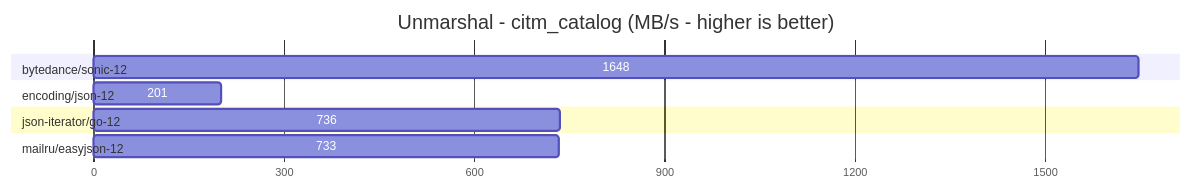
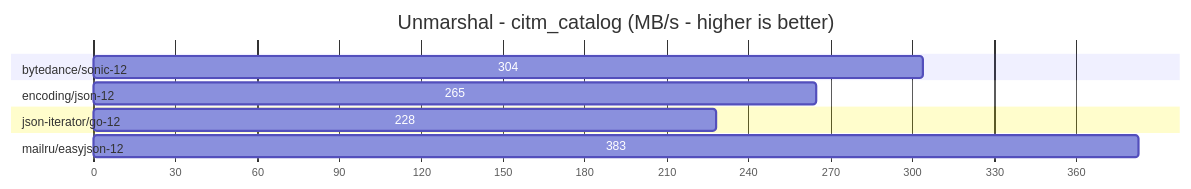
Before and after one commit to compashka/json-benchmarks: the eighth of 12 diagrams in README.md, drawn with Mermaid. The commit also changed other lines of this file and 23 other files, not shown here.

````diff
--- a/README.md
+++ b/README.md
@@ -123,15 +133,15 @@
 ```mermaid
 gantt
 title Unmarshal - citm_catalog (MB/s - higher is better)
 dateFormat X
 axisFormat %s
 
 section bytedance/sonic-12        
-1648 :0, 1648
+304:0,304
 section encoding/json-12          
-201 :0, 201
+265:0,265
 section json-iterator/go-12       
-736 :0, 736
+228:0,228
 section mailru/easyjson-12        
-733 :0, 733
+383:0,383
 ```
````
